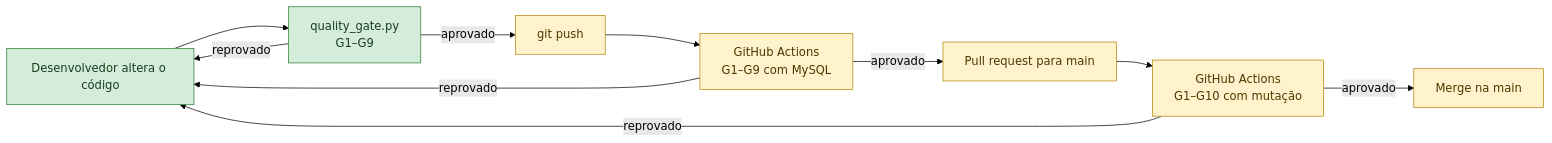
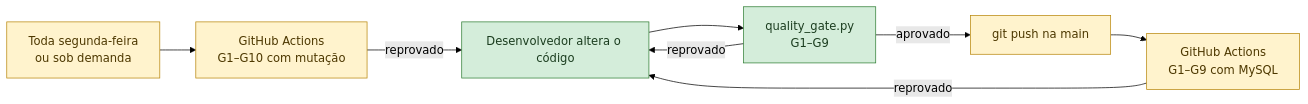
Before and after one commit to guilhermercmoraes-tech/PI2_Sprint2-Grupo-1-UFT: diagram 13 of 13 in docs/COMO_O_SISTEMA_FUNCIONA.md, drawn with Mermaid (forest theme). The commit also changed other lines of this file and 23 other files, not shown here.

````diff
--- a/docs/COMO_O_SISTEMA_FUNCIONA.md
+++ b/docs/COMO_O_SISTEMA_FUNCIONA.md
@@ -349,17 +354,15 @@
 ```mermaid
 flowchart LR
     DEV[Desenvolvedor altera o código] --> LOCAL["quality_gate.py<br/>G1–G9"]
     LOCAL -- reprovado --> DEV
-    LOCAL -- aprovado --> PUSH[git push]
+    LOCAL -- aprovado --> PUSH[git push na main]
     PUSH --> CI["GitHub Actions<br/>G1–G9 com MySQL"]
     CI -- reprovado --> DEV
-    CI -- aprovado --> PR[Pull request para main]
-    PR --> CI2["GitHub Actions<br/>G1–G10 com mutação"]
+    AGENDA["Toda segunda-feira<br/>ou sob demanda"] --> CI2["GitHub Actions<br/>G1–G10 com mutação"]
     CI2 -- reprovado --> DEV
-    CI2 -- aprovado --> MERGE[Merge na main]
 
     classDef feito fill:#d4edda,stroke:#2e7d32,color:#1b3d1f
     classDef parcial fill:#fff3cd,stroke:#b8860b,color:#4d3800
     class DEV,LOCAL feito
-    class PUSH,CI,PR,CI2,MERGE parcial
+    class PUSH,CI,AGENDA,CI2 parcial
 ```
````
